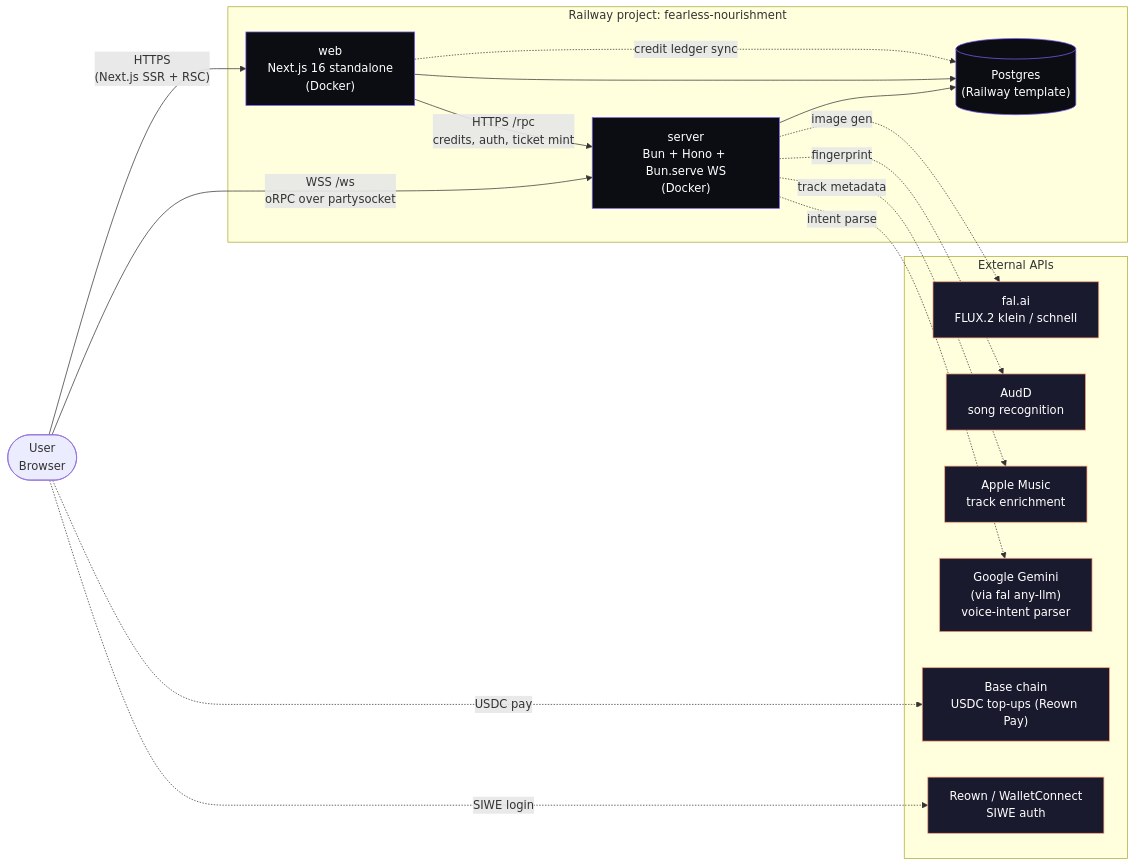
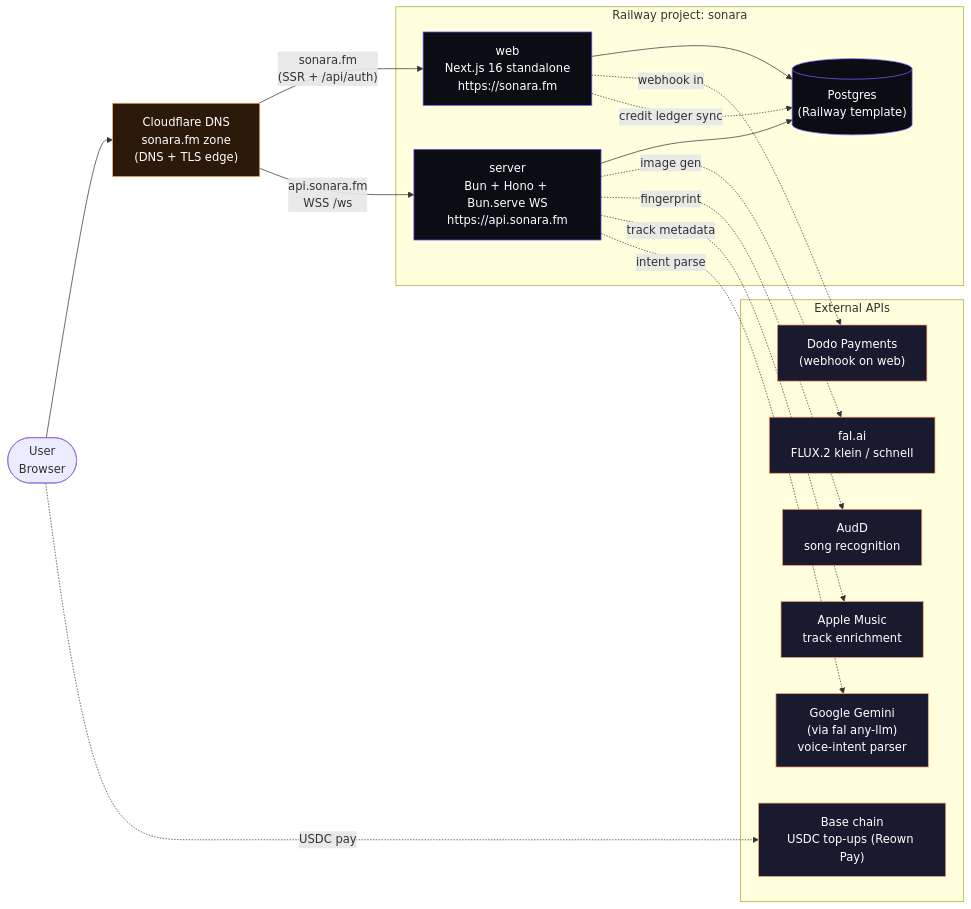
The first of 13 diagrams in INFRASTRUCTURE.md (grmkris/sonara), drawn with Mermaid before and after one commit. The commit also changed other lines of this file and 4 other files, not shown here.

First line of the commit message:
docs: rebrand to sonara, document Cloudflare DNS + custom domains

````diff
--- a/INFRASTRUCTURE.md
+++ b/INFRASTRUCTURE.md
@@ -20,39 +20,43 @@
 ```mermaid
 flowchart LR
     User([User<br/>Browser])
 
-    subgraph Railway["Railway project: fearless-nourishment"]
-        Web["web<br/>Next.js 16 standalone<br/>(Docker)"]
-        Server["server<br/>Bun + Hono + Bun.serve WS<br/>(Docker)"]
+    CF["Cloudflare DNS<br/>sonara.fm zone<br/>(DNS + TLS edge)"]
+
+    subgraph Railway["Railway project: sonara"]
+        Web["web<br/>Next.js 16 standalone<br/>https://sonara.fm"]
+        Server["server<br/>Bun + Hono + Bun.serve WS<br/>https://api.sonara.fm"]
         PG[("Postgres<br/>(Railway template)")]
     end
 
     subgraph External["External APIs"]
         Fal["fal.ai<br/>FLUX.2 klein / schnell"]
         AudD["AudD<br/>song recognition"]
         Apple["Apple Music<br/>track enrichment"]
         Gemini["Google Gemini<br/>(via fal any-llm)<br/>voice-intent parser"]
         Base["Base chain<br/>USDC top-ups (Reown Pay)"]
-        Reown["Reown / WalletConnect<br/>SIWE auth"]
+        Dodo["Dodo Payments<br/>(webhook on web)"]
     end
 
-    User -- "HTTPS<br/>(Next.js SSR + RSC)" --> Web
-    User -- "WSS /ws<br/>oRPC over partysocket" --> Server
-    Web -- "HTTPS /rpc<br/>credits, auth, ticket mint" --> Server
+    User --> CF
+    CF -- "sonara.fm<br/>(SSR + /api/auth)" --> Web
+    CF -- "api.sonara.fm<br/>WSS /ws" --> Server
     Server --> PG
     Web --> PG
 
     Server -. "image gen" .-> Fal
     Server -. "fingerprint" .-> AudD
     Server -. "track metadata" .-> Apple
     Server -. "intent parse" .-> Gemini
 
-    User -. "SIWE login" .-> Reown
     User -. "USDC pay" .-> Base
+    Web -. "webhook in" .-> Dodo
     Web -. "credit ledger sync" .-> PG
 
     classDef railway fill:#0b0d12,stroke:#7d5fff,color:#fff
     classDef ext fill:#1a1a2e,stroke:#ffa07a,color:#fff
+    classDef cf fill:#2b1a0a,stroke:#ffaf5f,color:#fff
     class Web,Server,PG railway
-    class Fal,AudD,Apple,Gemini,Base,Reown ext
+    class Fal,AudD,Apple,Gemini,Base,Dodo ext
+    class CF cf
 ```
````
